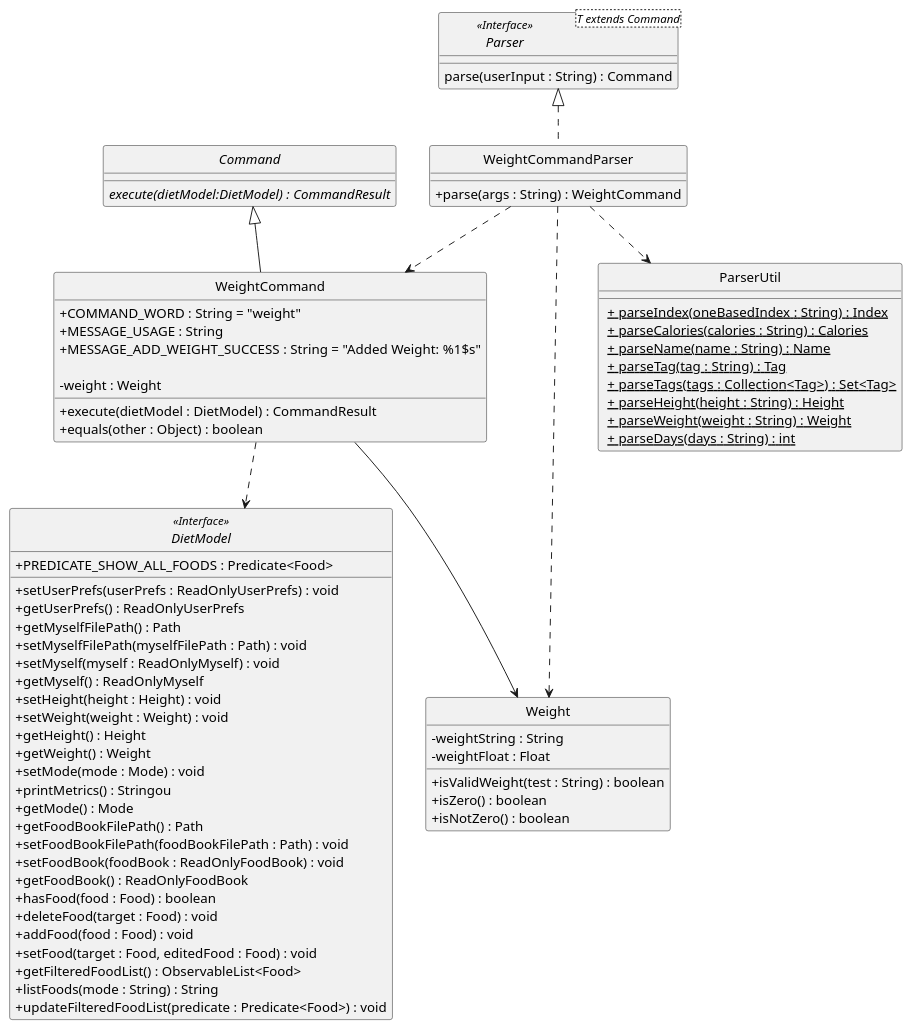
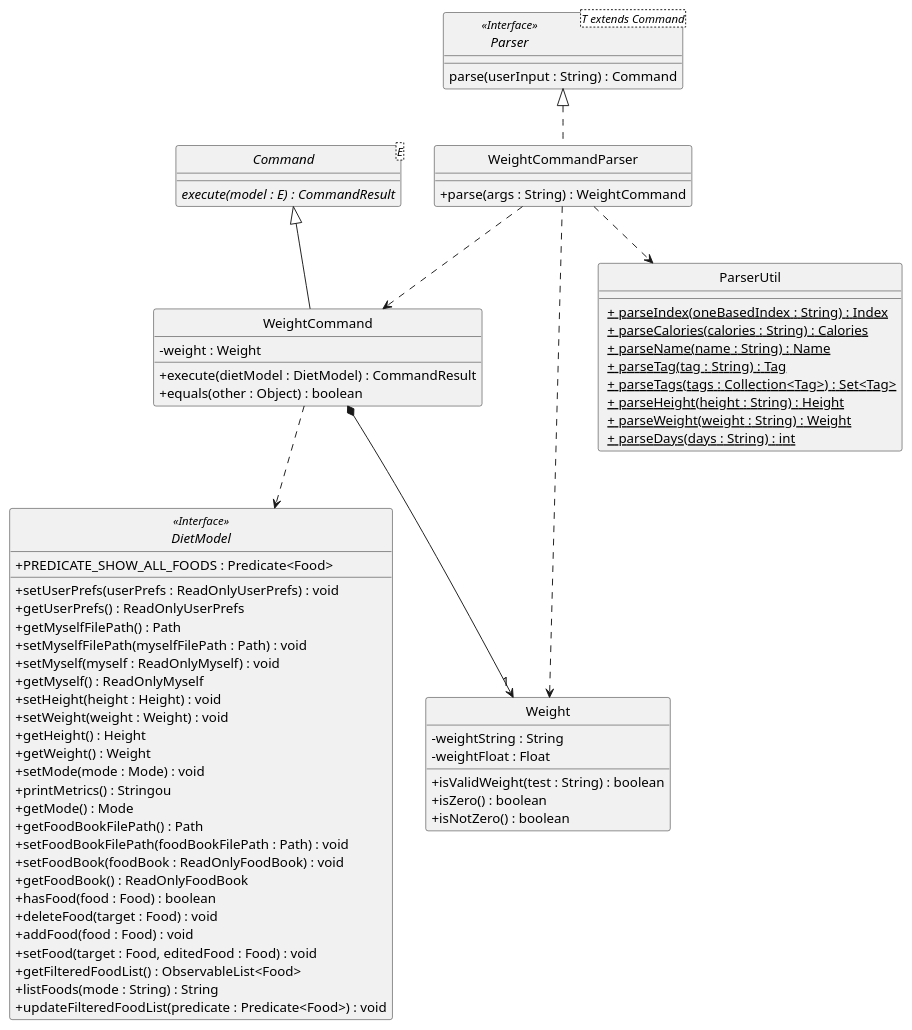
Before and after one commit to nus-cs2103-AY1920S2/addressbook-level3: the diagram in docs/diagrams/DietTrackerWeightCommandClassDiagram.puml, drawn with PlantUML. The commit also changed 45 other files, not shown here.

```diff
--- a/docs/diagrams/DietTrackerWeightCommandClassDiagram.puml
+++ b/docs/diagrams/DietTrackerWeightCommandClassDiagram.puml
@@ -1,95 +1,91 @@
 @startuml
 /' @author @jarrod-bob'/
 /' Got inspiration and adapted
 from https://github.com/AY1920S2-CS2103T-W12-1/main/blob/master/docs/images/DeliveredClassDiagram.png '/
 
 skinparam backgroundColor #ffffff
 skinparam classAttributeIconSize 0
 hide circle
 
 class WeightCommandParser implements Parser {
     /' Methods '/
     + parse(args : String) : WeightCommand
 }
 
 interface Parser<T extends Command> <<Interface>> {
     parse(userInput : String) : Command
 }
 
-abstract class Command {
-    {abstract} execute(dietModel:DietModel) : CommandResult
+abstract class Command<E> {
+    {abstract} execute(model : E) : CommandResult
 }
 
 class WeightCommand extends Command {
     /' Fields '/
-    + COMMAND_WORD : String = "weight"
-    + MESSAGE_USAGE : String
-    + MESSAGE_ADD_WEIGHT_SUCCESS : String = "Added Weight: %1$s"
-
     - weight : Weight
 
     /' Methods '/
     + execute(dietModel : DietModel) : CommandResult
     + equals(other : Object) : boolean
 
 }
 
 interface DietModel <<Interface>> {
     + PREDICATE_SHOW_ALL_FOODS : Predicate<Food>
 
     + setUserPrefs(userPrefs : ReadOnlyUserPrefs) : void
     + getUserPrefs() : ReadOnlyUserPrefs
     + getMyselfFilePath() : Path
     + setMyselfFilePath(myselfFilePath : Path) : void
     + setMyself(myself : ReadOnlyMyself) : void
     + getMyself() : ReadOnlyMyself
     + setHeight(height : Height) : void
     + setWeight(weight : Weight) : void
     + getHeight() : Height
     + getWeight() : Weight
     + setMode(mode : Mode) : void
     + printMetrics() : Stringou
     + getMode() : Mode
     + getFoodBookFilePath() : Path
     + setFoodBookFilePath(foodBookFilePath : Path) : void
     + setFoodBook(foodBook : ReadOnlyFoodBook) : void
     + getFoodBook() : ReadOnlyFoodBook
     + hasFood(food : Food) : boolean
     + deleteFood(target : Food) : void
     + addFood(food : Food) : void
     + setFood(target : Food, editedFood : Food) : void
     + getFilteredFoodList() : ObservableList<Food>
     + listFoods(mode : String) : String
     + updateFilteredFoodList(predicate : Predicate<Food>) : void
 }
 
 class Weight {
     /' Fields '/
     - weightString : String
     - weightFloat : Float
 
     /' Methods '/
     + isValidWeight(test : String) : boolean
     + isZero() : boolean
     + isNotZero() : boolean
 }
 
 class ParserUtil {
     <u> + parseIndex(oneBasedIndex : String) : Index
     <u> + parseCalories(calories : String) : Calories
     <u> + parseName(name : String) : Name
     <u> + parseTag(tag : String) : Tag
     <u> + parseTags(tags : Collection<Tag>) : Set<Tag>
     <u> + parseHeight(height : String) : Height
     <u> + parseWeight(weight : String) : Weight
     <u> + parseDays(days : String) : int
 }
 
 WeightCommand ..> DietModel
 WeightCommandParser ..> WeightCommand
 WeightCommandParser ..> Weight
 WeightCommandParser ..> ParserUtil
-WeightCommand --> Weight
+WeightCommand *--> "1" Weight
 
 
 @enduml
```
